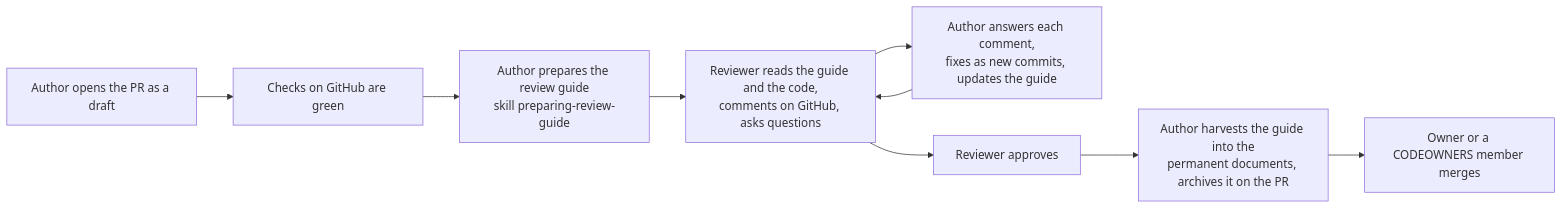
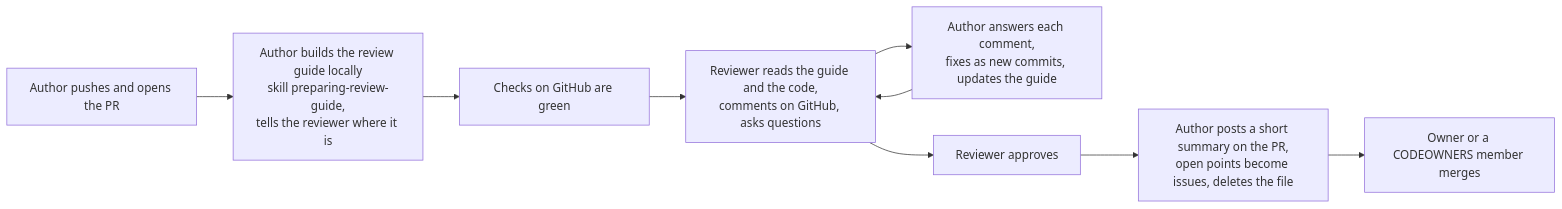
One commit to projects-rs/trip-map changed the diagram in docs/reviews/README.md. Above: the diagram before and after it, drawn with Mermaid. The commit also changed other lines of this file and 4 other files, not shown here.

First line of the commit message:
Review guides: a local file built at push, a short summary at merge

````diff
--- a/docs/reviews/README.md
+++ b/docs/reviews/README.md
@@ -7,11 +7,11 @@
 ```mermaid
 flowchart LR
-  A[Author opens the PR as a draft] --> B[Checks on GitHub are green]
-  B --> C[Author prepares the review guide<br/>skill preparing-review-guide]
-  C --> D[Reviewer reads the guide and the code,<br/>comments on GitHub, asks questions]
+  A[Author pushes and opens the PR] --> C[Author builds the review guide locally<br/>skill preparing-review-guide,<br/>tells the reviewer where it is]
+  C --> B[Checks on GitHub are green]
+  B --> D[Reviewer reads the guide and the code,<br/>comments on GitHub, asks questions]
   D --> E[Author answers each comment,<br/>fixes as new commits, updates the guide]
   E --> D
   D --> F[Reviewer approves]
-  F --> G[Author harvests the guide into the<br/>permanent documents, archives it on the PR]
+  F --> G[Author posts a short summary on the PR,<br/>open points become issues, deletes the file]
   G --> H[Owner or a CODEOWNERS member merges]
 ```
````
